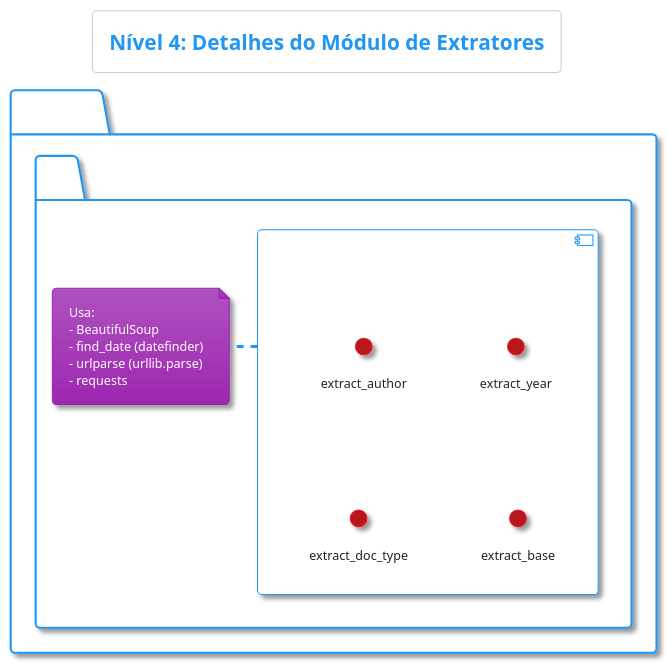
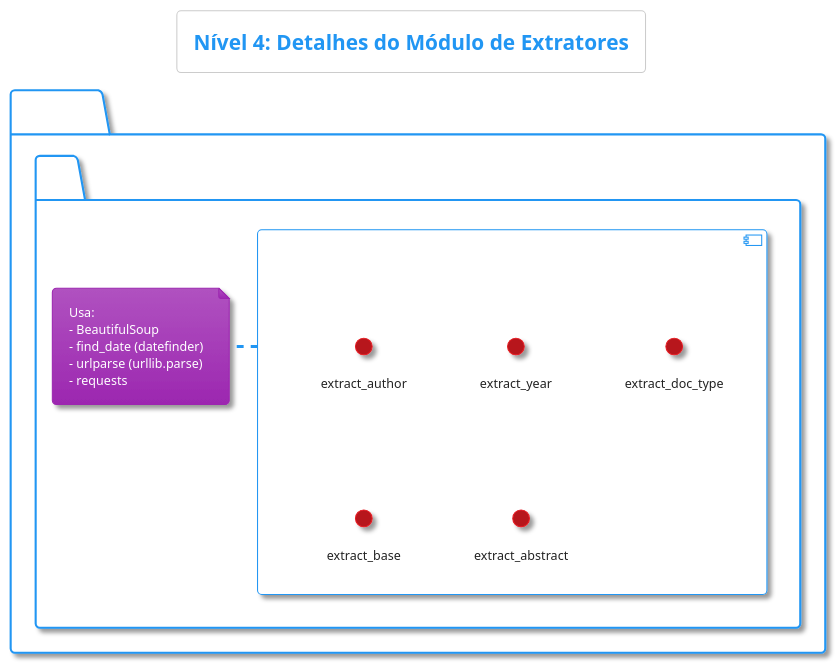
Before and after one commit to italomanzine/SoftScrape: the diagram in docs/c4_level4_extractors.puml, drawn with PlantUML. The commit also changed 12 other files, not shown here.

```diff
--- a/docs/c4_level4_extractors.puml
+++ b/docs/c4_level4_extractors.puml
@@ -1,29 +1,30 @@
 @startuml Extractors_Module_Details
 !theme materia
 skinparam linetype ortho
 skinparam BackgroundColor White
 
 title Nível 4: Detalhes do Módulo de Extratores
 
 package "extractors.py" {
   component "Funções de Extração" {
     () extract_author
     () extract_year
     () extract_doc_type
     () extract_base
+    () extract_abstract
   }
   ' Dependências externas (bibliotecas)
   note right of "Funções de Extração"
     Usa:
     - BeautifulSoup
     - find_date (datefinder)
     - urlparse (urllib.parse)
     - requests
   end note
   ' "Funções de Extração" ..> BeautifulSoup : "usa"
   ' "Funções de Extração" ..> find_date : "usa"
   ' "Funções de Extração" ..> urlparse : "usa"
   ' "Funções de Extração" ..> requests : "usa"
 }
 
 @enduml
```
